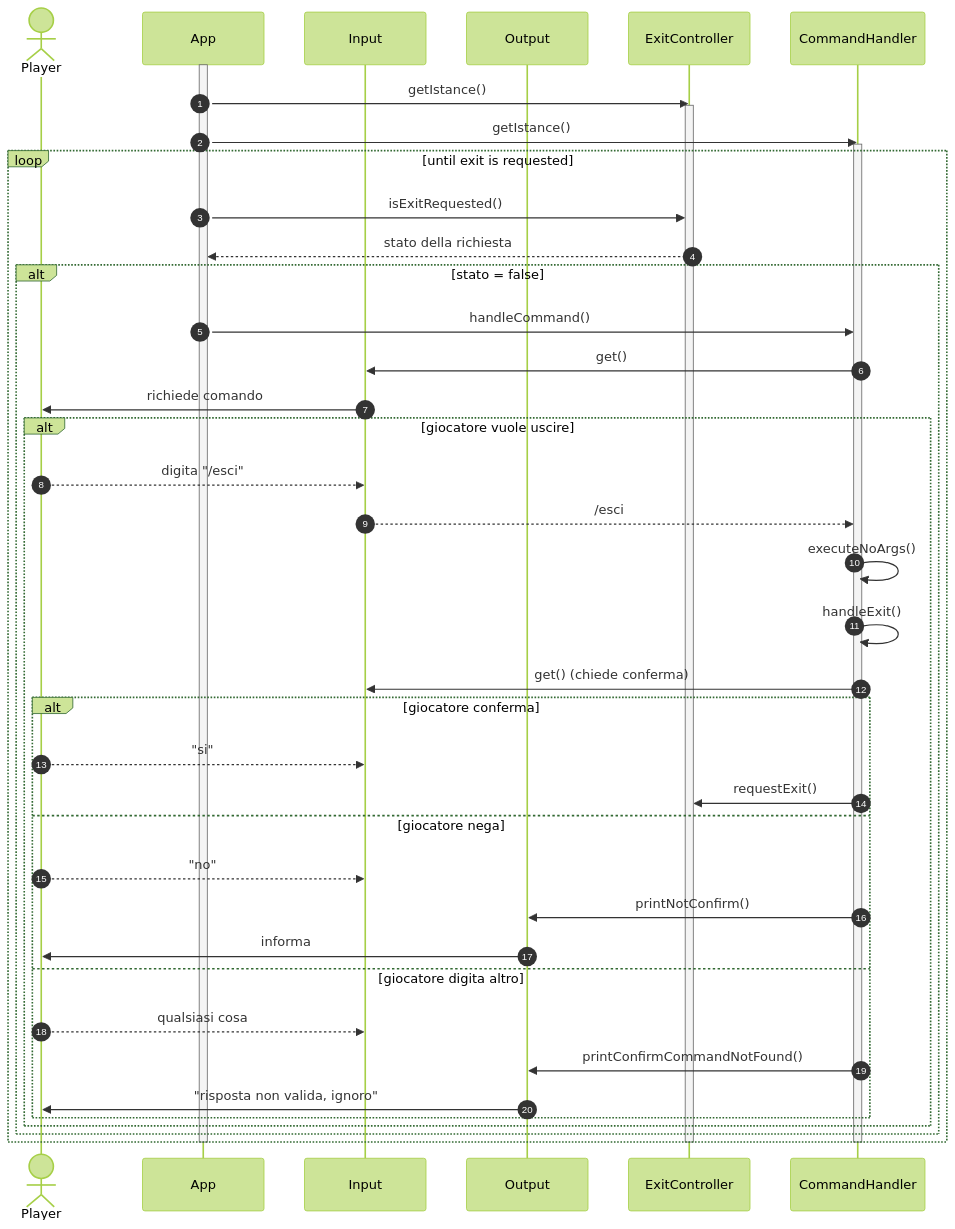
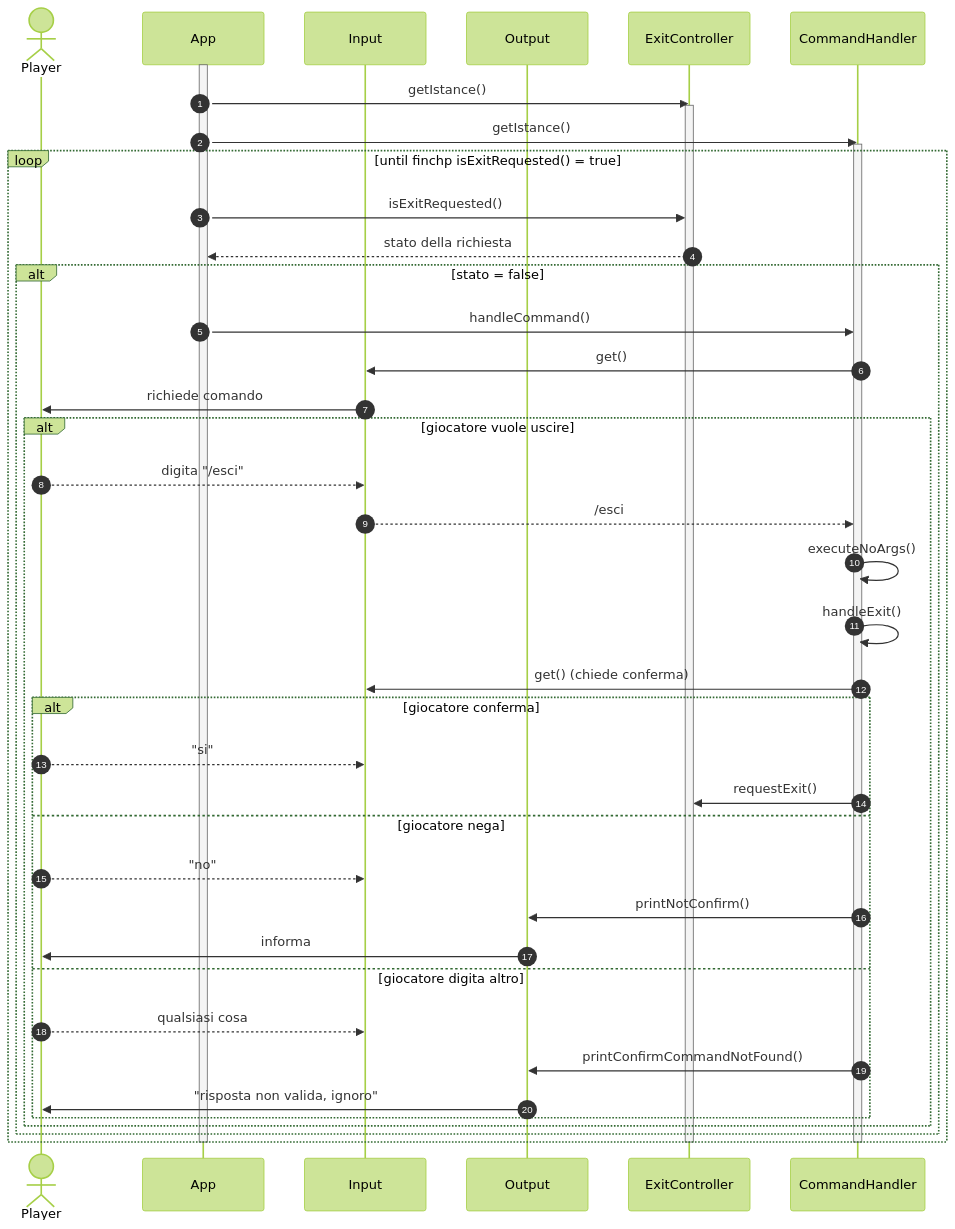
Before and after one commit to softeng2223-inf-uniba/progetto2223-thacker: the eighth of 9 diagrams in docs/Report.md, drawn with Mermaid (forest theme). The commit also changed other lines of this file, not shown here.

````diff
--- a/docs/Report.md
+++ b/docs/Report.md
@@ -644,50 +675,50 @@
 ```mermaid
 sequenceDiagram
   autonumber
 
   actor Player
   participant App
   participant Input
   participant Output
   participant EC as ExitController
   participant CH as CommandHandler
 
   activate App
   App ->> EC: getIstance()
   activate EC
   App ->> CH: getIstance()
   activate CH
 
-  loop until exit is requested
+  loop until finchp isExitRequested() = true
     App ->> EC: isExitRequested()
     EC -->> App: stato della richiesta
     alt stato = false
       App ->> CH: handleCommand()
       CH ->> Input: get()
       Input ->> Player: richiede comando
       alt giocatore vuole uscire
         Player -->> Input: digita "/esci"
         Input -->> CH: /esci
         CH ->> CH: executeNoArgs()
         CH ->> CH: handleExit()
         CH ->> Input: get() (chiede conferma)
         alt giocatore conferma
           Player -->> Input: "si"
           CH ->> EC: requestExit()
         else giocatore nega
           Player -->> Input: "no"
           CH ->> Output: printNotConfirm()
           Output ->> Player: informa
         else giocatore digita altro
           Player -->> Input: qualsiasi cosa
           CH ->> Output: printConfirmCommandNotFound()
           Output ->> Player: "risposta non valida, ignoro"
         end
       end
     end
   end
 
   deactivate CH
   deactivate EC
   deactivate App
 ```
````
